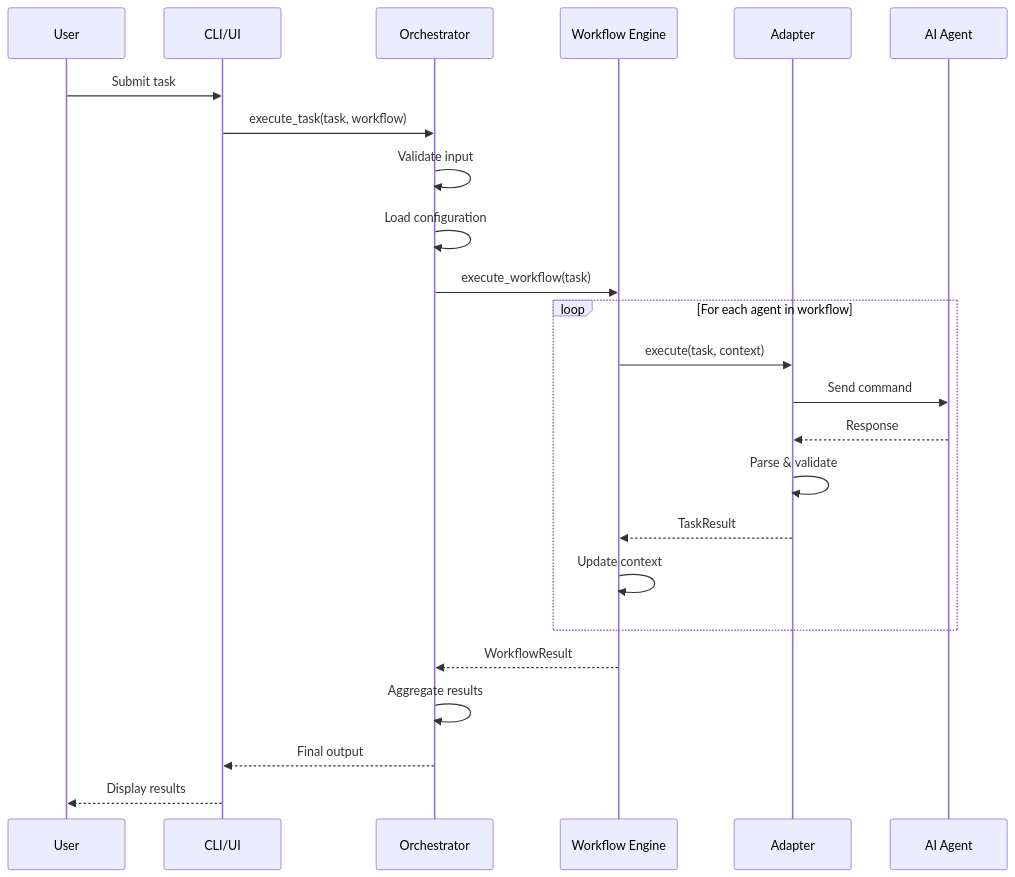
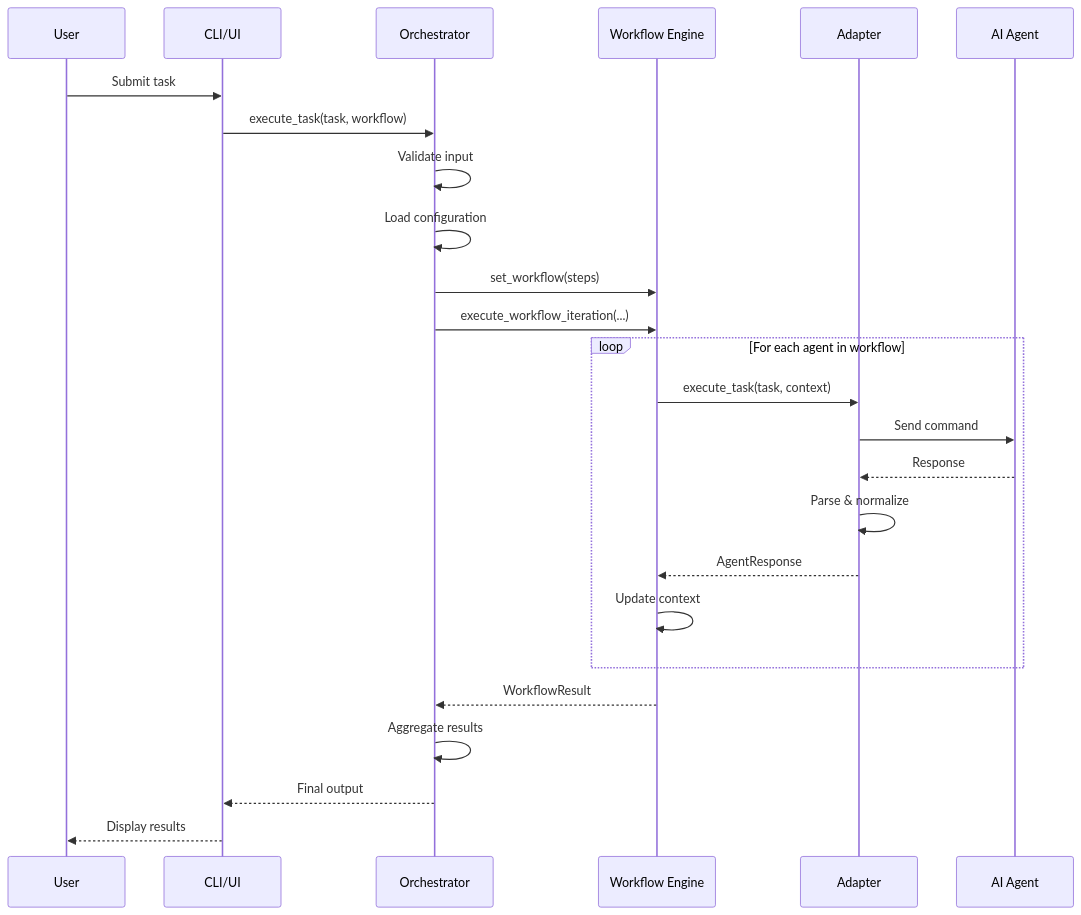
One commit to 2430468136/AI-Orchestrator-Agents changed the sixth of 13 diagrams in ARCHITECTURE.md. Above: the diagram before and after it, drawn with Mermaid. The commit also changed other lines of this file and 32 other files, not shown here.

````diff
--- a/ARCHITECTURE.md
+++ b/ARCHITECTURE.md
@@ -263,29 +311,30 @@
 ```mermaid
 sequenceDiagram
     participant U as User
     participant CLI as CLI/UI
     participant O as Orchestrator
     participant W as Workflow Engine
     participant A as Adapter
     participant AI as AI Agent
 
     U->>CLI: Submit task
     CLI->>O: execute_task(task, workflow)
     O->>O: Validate input
     O->>O: Load configuration
-    O->>W: execute_workflow(task)
+    O->>W: set_workflow(steps)
+    O->>W: execute_workflow_iteration(...)
 
     loop For each agent in workflow
-        W->>A: execute(task, context)
+        W->>A: execute_task(task, context)
         A->>AI: Send command
         AI-->>A: Response
-        A->>A: Parse & validate
-        A-->>W: TaskResult
+        A->>A: Parse & normalize
+        A-->>W: AgentResponse
         W->>W: Update context
     end
 
     W-->>O: WorkflowResult
     O->>O: Aggregate results
     O-->>CLI: Final output
     CLI-->>U: Display results
 ```
````
